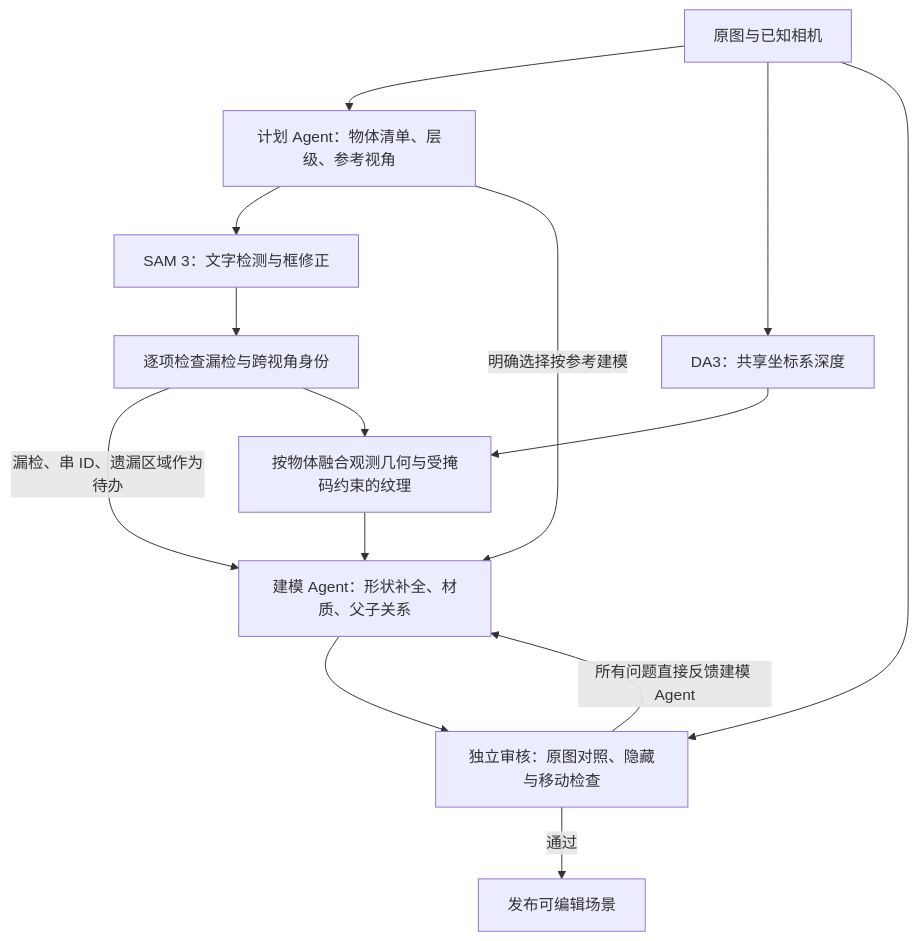
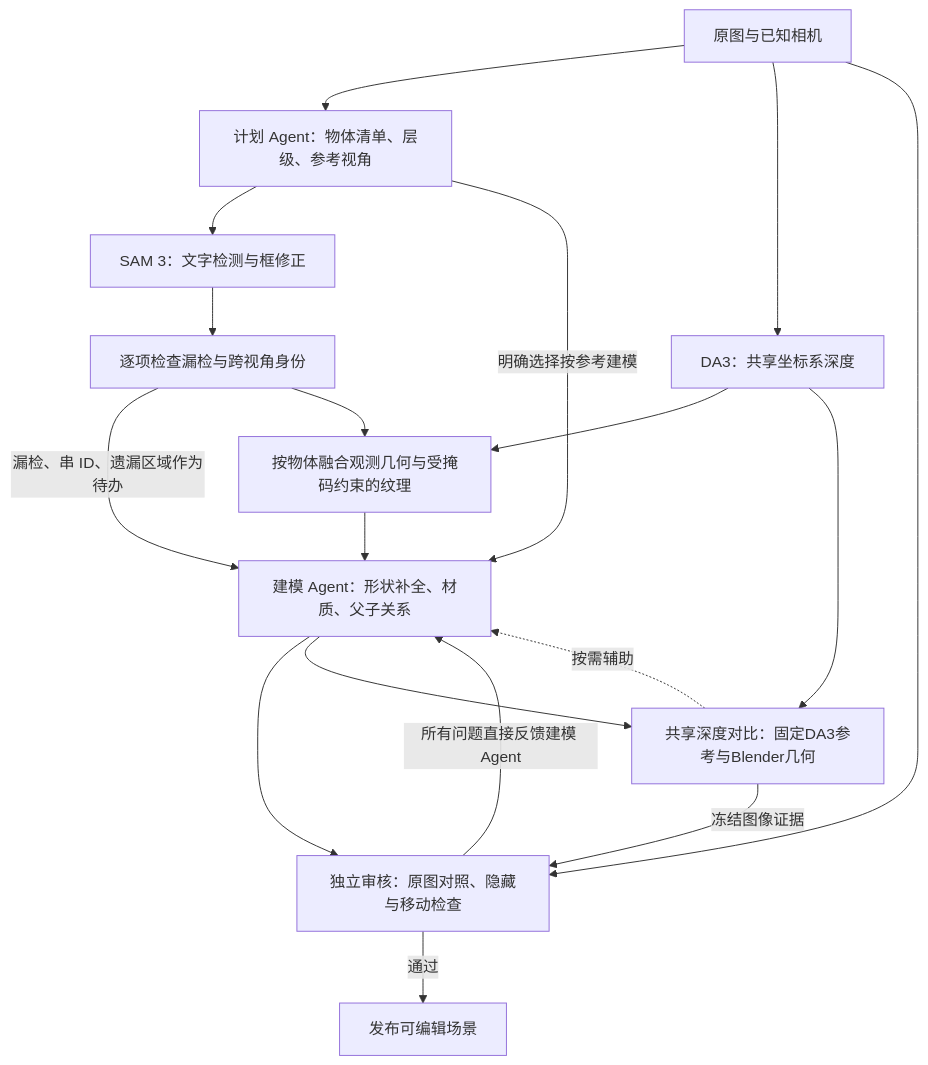
One commit to Yaosheng-Liu/3D-world-harness changed the diagram in docs/object-reconstruction.md. Above: the diagram before and after it, drawn with Mermaid. The commit also changed other lines of this file and 13 other files, not shown here.

````diff
--- a/docs/object-reconstruction.md
+++ b/docs/object-reconstruction.md
@@ -81,16 +99,20 @@
 ```mermaid
 flowchart TD
     RGB[原图与已知相机] --> PLAN[计划 Agent：物体清单、层级、参考视角]
     RGB --> DEPTH[DA3：共享坐标系深度]
     PLAN --> SAM[SAM 3：文字检测与框修正]
     SAM --> CHECK[逐项检查漏检与跨视角身份]
     CHECK -->|漏检、串 ID、遗漏区域作为待办| MODEL
     CHECK --> GEO[按物体融合观测几何与受掩码约束的纹理]
     DEPTH --> GEO
     PLAN -->|明确选择按参考建模| MODEL[建模 Agent：形状补全、材质、父子关系]
     GEO --> MODEL
     MODEL --> REVIEW[独立审核：原图对照、隐藏与移动检查]
     RGB --> REVIEW
+    DEPTH --> COMPARE[共享深度对比：固定DA3参考与Blender几何]
+    MODEL --> COMPARE
+    COMPARE -.->|按需辅助| MODEL
+    COMPARE -->|冻结图像证据| REVIEW
     REVIEW -->|所有问题直接反馈建模 Agent| MODEL
     REVIEW -->|通过| PUBLISH[发布可编辑场景]
 ```
````
